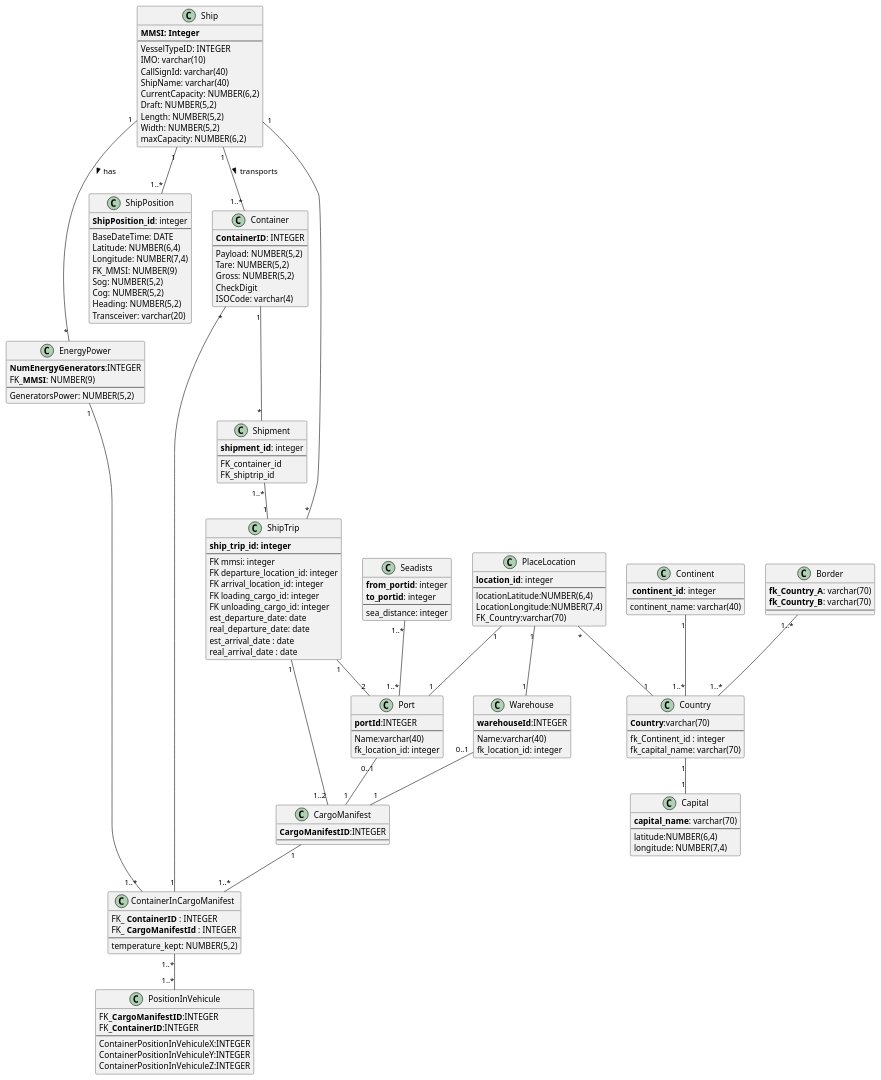
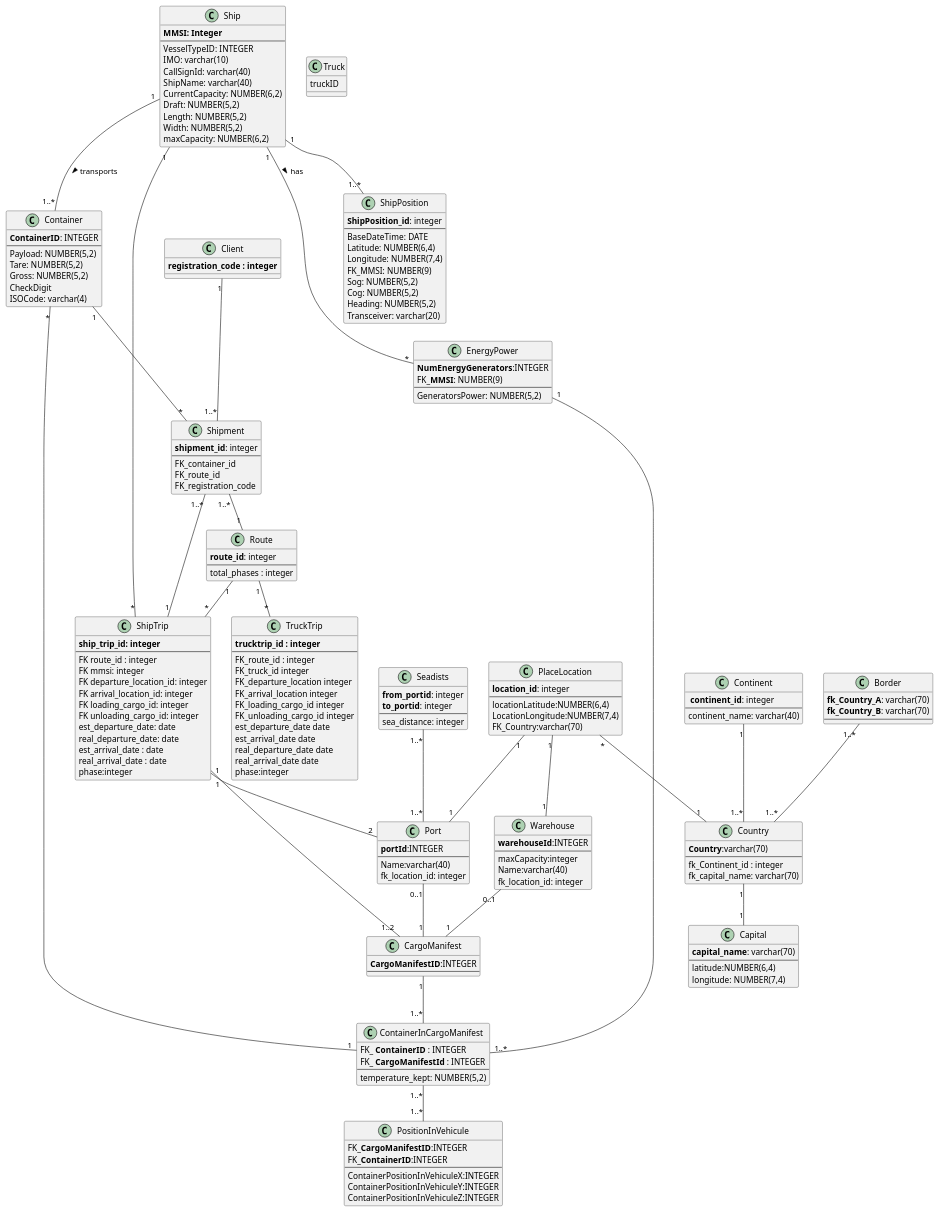
The diagram in docs/Sprint 3/DataModel/Data_Model_Physical.puml (ana-albergaria/LAPR3-ISEP), drawn with PlantUML before and after one commit. The commit also changed 5 other files, not shown here.

Commit message:
G54-159 #time 30m #comment US305 - Relatory, DM and SSD Diagrams

```diff
--- a/docs/Sprint 3/DataModel/Data_Model_Physical.puml
+++ b/docs/Sprint 3/DataModel/Data_Model_Physical.puml
@@ -30,6 +30,7 @@
 class ShipTrip{
     **ship_trip_id: integer**
     ---
+    FK route_id : integer
     FK mmsi: integer
     FK departure_location_id: integer
     FK arrival_location_id: integer
@@ -39,6 +40,7 @@
     real_departure_date: date
     est_arrival_date : date
     real_arrival_date : date
+    phase:integer
 }
 /'class TripLeg{
 
@@ -120,6 +122,7 @@
 class Warehouse {
     **warehouseId**:INTEGER
     ---
+    maxCapacity:integer
     Name:varchar(40)
     fk_location_id: integer
 }
@@ -157,7 +160,14 @@
     **shipment_id**: integer
     --
     FK_container_id
-    FK_shiptrip_id
+    FK_route_id
+    FK_registration_code
+}
+
+class Route{
+    **route_id**: integer
+    --
+    total_phases : integer
 }
 
 class Border{
@@ -174,15 +184,34 @@
 }
 
 
-/'class Truck{
+class Truck{
     truckID
 }
-
+/'
 class Transports{
     truckId FK
     warehouseId FK
 }'/
 
+class Client {
+    **registration_code : integer**
+}
+
+class TruckTrip {
+    **trucktrip_id : integer**
+    --
+    FK_route_id : integer
+    FK_truck_id integer
+    FK_departure_location integer
+    FK_arrival_location integer
+    FK_loading_cargo_id integer
+    FK_unloading_cargo_id integer
+    est_departure_date date
+    est_arrival_date date
+    real_departure_date date
+    real_arrival_date date
+    phase:integer
+}
 
 
 
@@ -219,6 +248,9 @@
 Border "1..*" -- "1..*" Country
 Country "1" -- "1" Capital
 Seadists "1..*" -- "1..*" Port
-
+Shipment "1..*" -- "1" Route
+Route "1" -- "*" ShipTrip
+Route "1" -- "*" TruckTrip
+Client "1" -- "1..*" Shipment
 
 @enduml
```
